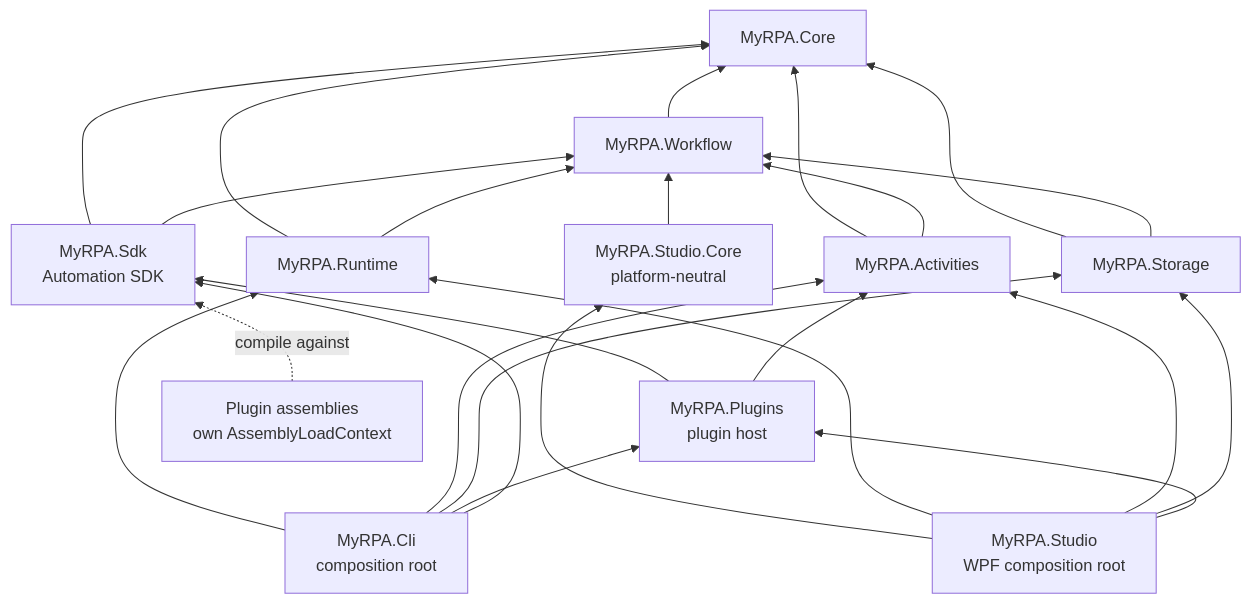
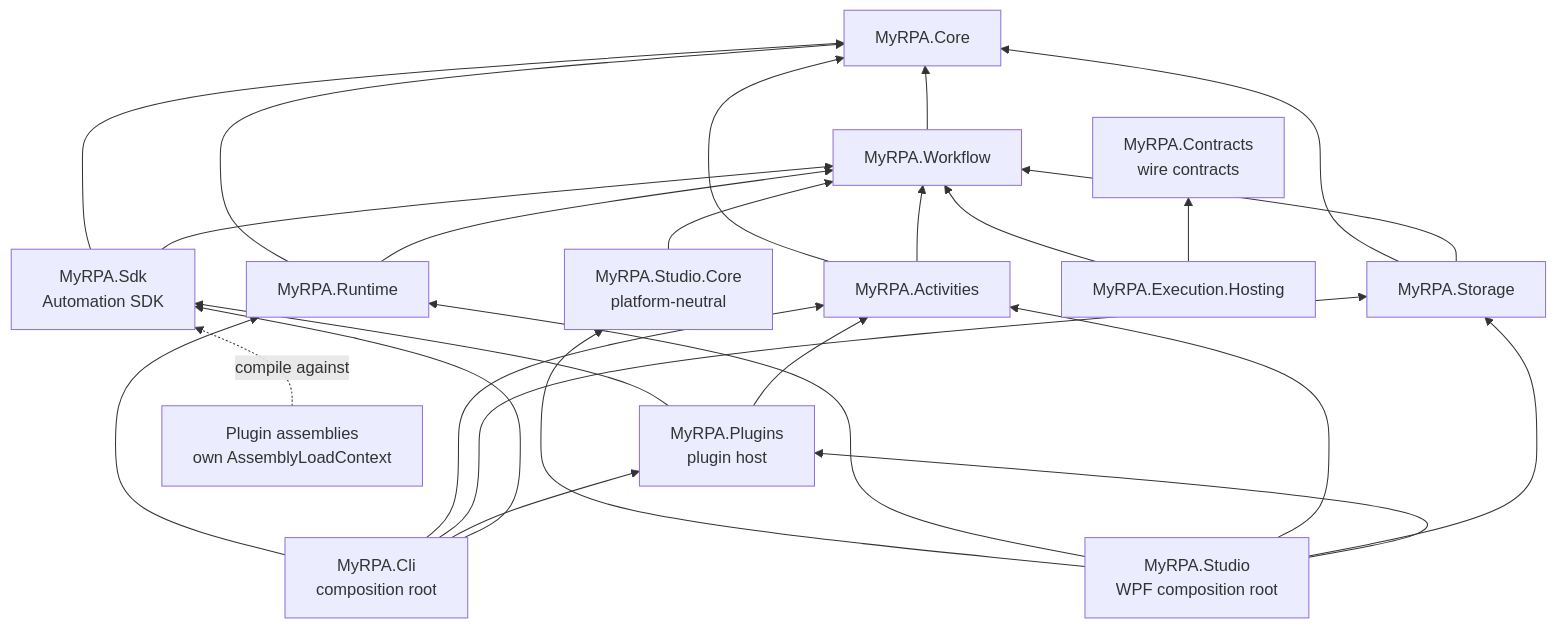
One commit to Ichwankurniawan/MY-RPA changed the diagram in docs/architecture/overview.md. Above: the diagram before and after it, drawn with Mermaid. The commit also changed other lines of this file and 26 other files, not shown here.

First line of the commit message:
Add W1: per-run execution events, Contracts and Execution.Hosting

````diff
--- a/docs/architecture/overview.md
+++ b/docs/architecture/overview.md
@@ -72,27 +75,30 @@
 ```mermaid
 graph BT
     Core[MyRPA.Core]
     Workflow[MyRPA.Workflow] --> Core
     Activities[MyRPA.Activities] --> Core
     Activities --> Workflow
     Runtime[MyRPA.Runtime] --> Core
     Runtime --> Workflow
     Storage[MyRPA.Storage] --> Core
     Storage --> Workflow
     Sdk[MyRPA.Sdk<br/>Automation SDK] --> Core
     Sdk --> Workflow
     Plugins[MyRPA.Plugins<br/>plugin host] --> Sdk
     Plugins --> Activities
+    Contracts[MyRPA.Contracts<br/>wire contracts]
+    Hosting[MyRPA.Execution.Hosting] --> Workflow
+    Hosting --> Contracts
     Cli[MyRPA.Cli<br/>composition root] --> Runtime
     Cli --> Activities
     Cli --> Storage
     Cli --> Plugins
     Cli --> Sdk
     StudioCore[MyRPA.Studio.Core<br/>platform-neutral] --> Workflow
     Studio[MyRPA.Studio<br/>WPF composition root] --> StudioCore
     Studio --> Runtime
     Studio --> Activities
     Studio --> Storage
     Studio --> Plugins
     PluginAsm[Plugin assemblies<br/>own AssemblyLoadContext] -.->|compile against| Sdk
 ```
````
